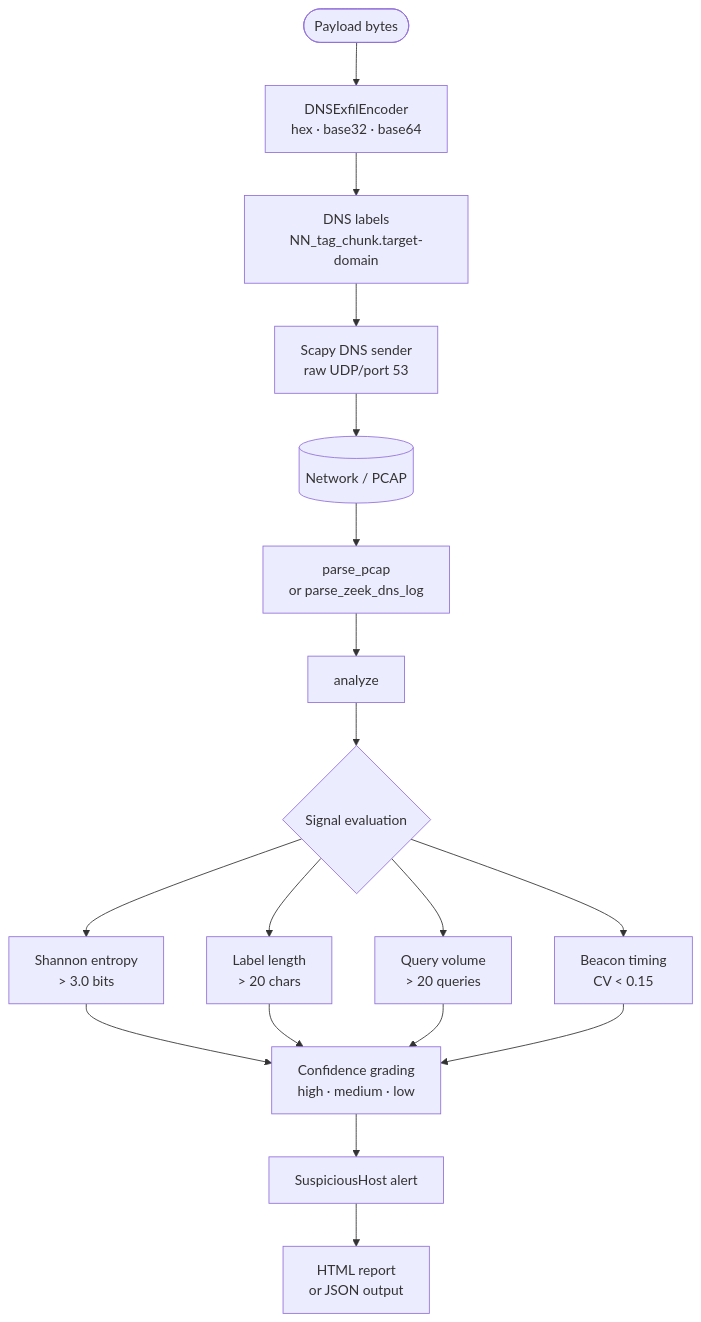
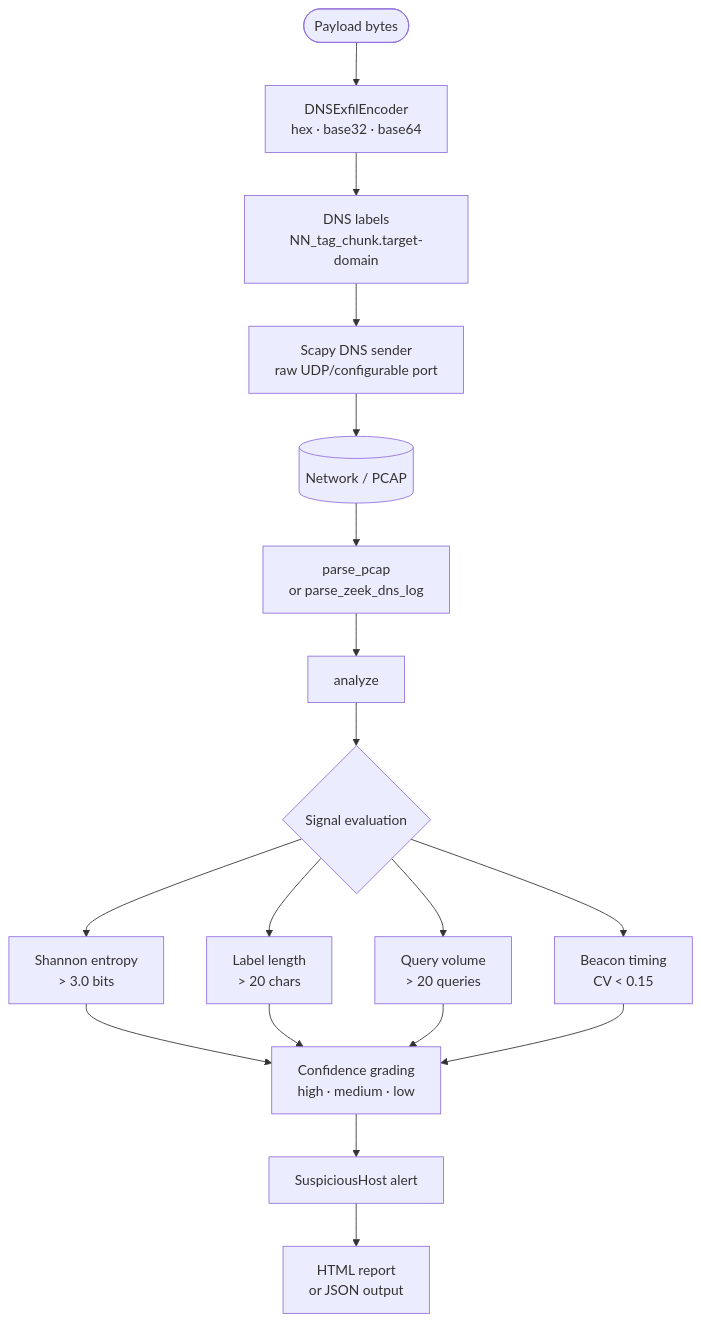
One commit to alisterrodrigues/dns-covert-channel-research changed the first of 2 diagrams in README.md. Above: the diagram before and after it, drawn with Mermaid. The commit also changed other lines of this file and 1 other file, not shown here.

````diff
--- a/README.md
+++ b/README.md
@@ -7,20 +7,20 @@
 ```mermaid
 flowchart TD
     A([Payload bytes]) --> B[DNSExfilEncoder\nhex · base32 · base64]
     B --> C["DNS labels\nNN_tag_chunk.target-domain"]
-    C --> D[Scapy DNS sender\nraw UDP/port 53]
+    C --> D[Scapy DNS sender\nraw UDP/configurable port]
     D --> E[(Network / PCAP)]
 
     E --> F[parse_pcap\nor parse_zeek_dns_log]
     F --> G[analyze]
 
     G --> H{Signal evaluation}
     H --> H1[Shannon entropy\n> 3.0 bits]
     H --> H2[Label length\n> 20 chars]
     H --> H3[Query volume\n> 20 queries]
     H --> H4[Beacon timing\nCV < 0.15]
 
     H1 & H2 & H3 & H4 --> I[Confidence grading\nhigh · medium · low]
     I --> J[SuspiciousHost alert]
     J --> K[HTML report\nor JSON output]
 ```
````
